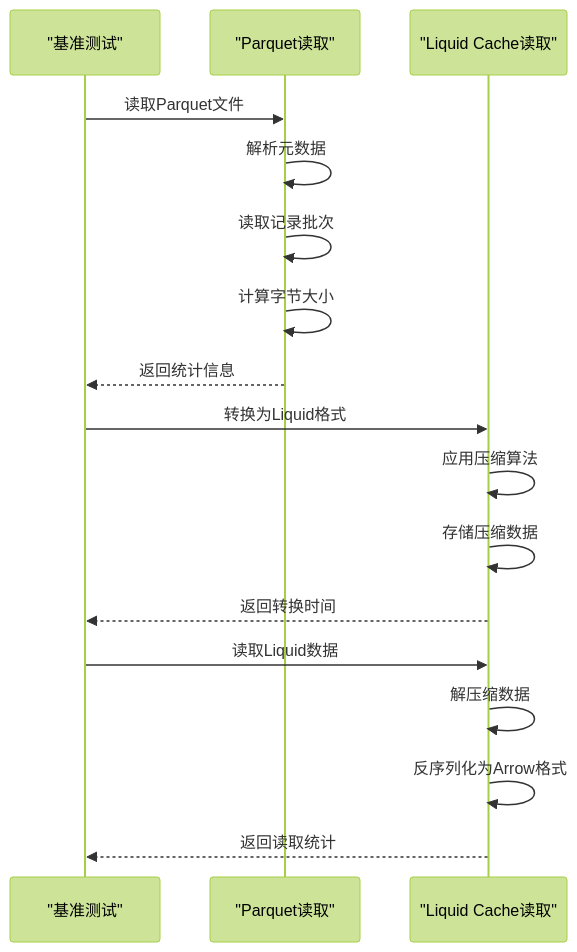
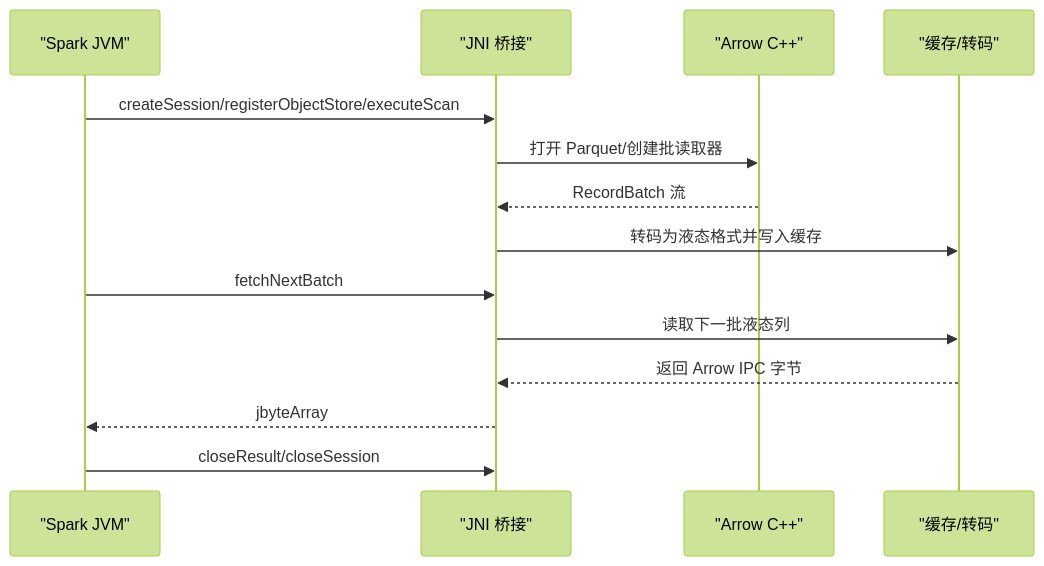
Before and after one commit to tenglei/liquidCacheVelox: the fifth of 7 diagrams in .qoder/repowiki/zh/content/项目概述.md, drawn with Mermaid (forest theme). The commit also changed other lines of this file and 324 other files, not shown here.

````diff
--- a/.qoder/repowiki/zh/content/项目概述.md
+++ b/.qoder/repowiki/zh/content/项目概述.md
@@ -329,19 +242,16 @@
 ```mermaid
 sequenceDiagram
-participant Bench as "基准测试"
-participant PQ as "Parquet读取"
-participant LC as "Liquid Cache读取"
-Bench->>PQ : 读取Parquet文件
-PQ->>PQ : 解析元数据
-PQ->>PQ : 读取记录批次
-PQ->>PQ : 计算字节大小
-PQ-->>Bench : 返回统计信息
-Bench->>LC : 转换为Liquid格式
-LC->>LC : 应用压缩算法
-LC->>LC : 存储压缩数据
-LC-->>Bench : 返回转换时间
-Bench->>LC : 读取Liquid数据
-LC->>LC : 解压缩数据
-LC->>LC : 反序列化为Arrow格式
-LC-->>Bench : 返回读取统计
+participant JVM as "Spark JVM"
+participant JNI as "JNI 桥接"
+participant ARROW as "Arrow C++"
+participant STORE as "缓存/转码"
+JVM->>JNI : createSession/registerObjectStore/executeScan
+JNI->>ARROW : 打开 Parquet/创建批读取器
+ARROW-->>JNI : RecordBatch 流
+JNI->>STORE : 转码为液态格式并写入缓存
+JVM->>JNI : fetchNextBatch
+JNI->>STORE : 读取下一批液态列
+STORE-->>JNI : 返回 Arrow IPC 字节
+JNI-->>JVM : jbyteArray
+JVM->>JNI : closeResult/closeSession
 ```
````
